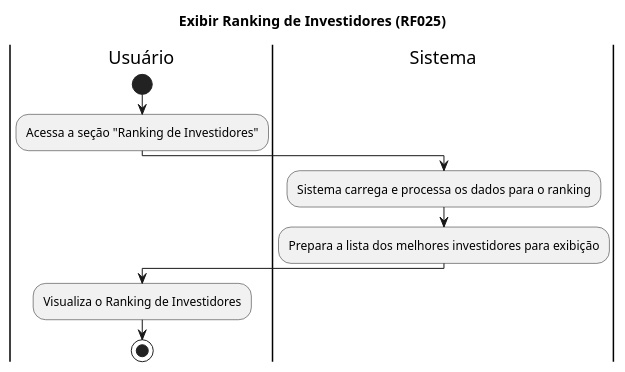
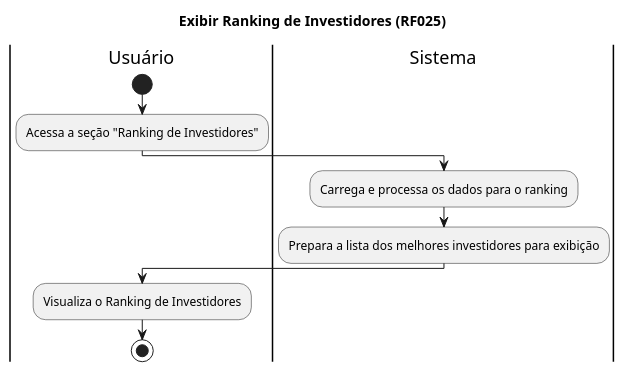
One commit to pedrOfsilveira/diagramas changed the diagram in atividades/ExibirRanking.wsd. Above: the diagram before and after it, drawn with PlantUML. The commit also changed 15 other files, not shown here.

Commit message:
consertei alguns diagramas

```diff
--- a/atividades/ExibirRanking.wsd
+++ b/atividades/ExibirRanking.wsd
@@ -1,15 +1,15 @@
 @startuml
 
 title Exibir Ranking de Investidores (RF025)
 
 |Usuário|
 start
 :Acessa a seção "Ranking de Investidores";
 |Sistema|
-:Sistema carrega e processa os dados para o ranking;
+:Carrega e processa os dados para o ranking;
 :Prepara a lista dos melhores investidores para exibição;
 |Usuário|
 :Visualiza o Ranking de Investidores;
 stop
 
 @enduml
```
